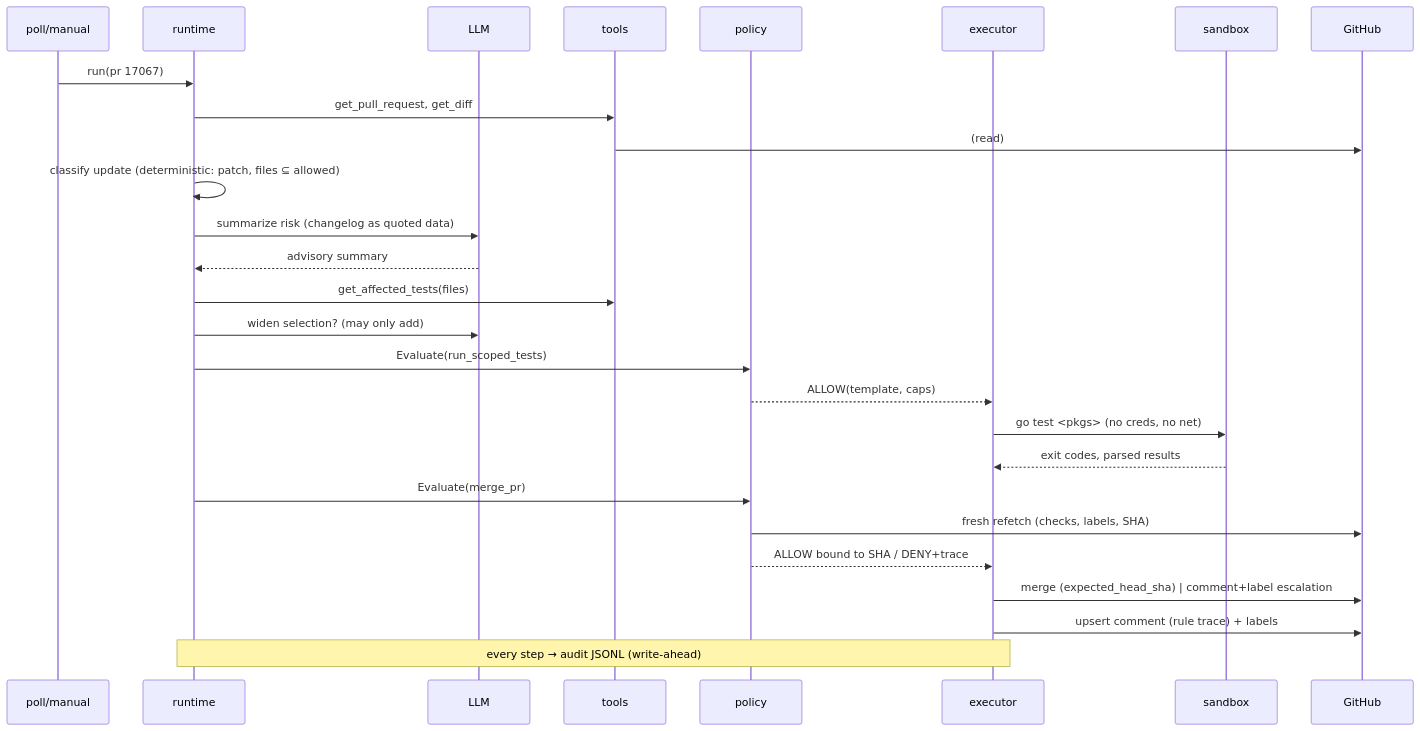
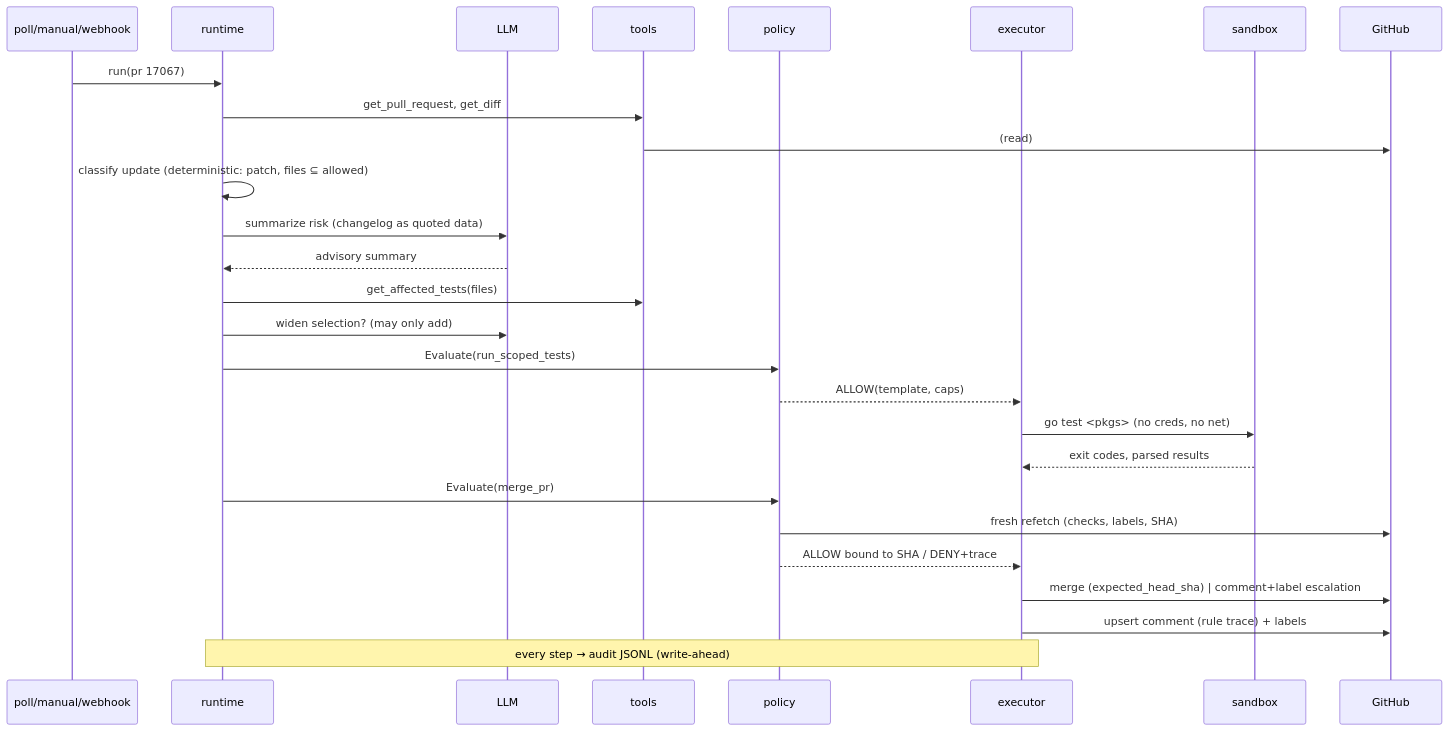
Before and after one commit to amartyatatspandey/kyverno-ai-maintainer: the second of 2 diagrams in docs/ARCHITECTURE.md, drawn with Mermaid. The commit also changed other lines of this file and 7 other files, not shown here.

````diff
--- a/docs/ARCHITECTURE.md
+++ b/docs/ARCHITECTURE.md
@@ -39,29 +41,29 @@
 ```mermaid
 sequenceDiagram
-    participant P as poll/manual
+    participant P as poll/manual/webhook
     participant R as runtime
     participant L as LLM
     participant T as tools
     participant PE as policy
     participant X as executor
     participant S as sandbox
     participant G as GitHub
     P->>R: run(pr 17067)
     R->>T: get_pull_request, get_diff
     T->>G: (read)
     R->>R: classify update (deterministic: patch, files ⊆ allowed)
     R->>L: summarize risk (changelog as quoted data)
     L-->>R: advisory summary
     R->>T: get_affected_tests(files)
     R->>L: widen selection? (may only add)
     R->>PE: Evaluate(run_scoped_tests)
     PE-->>X: ALLOW(template, caps)
     X->>S: go test <pkgs> (no creds, no net)
     S-->>X: exit codes, parsed results
     R->>PE: Evaluate(merge_pr)
     PE->>G: fresh refetch (checks, labels, SHA)
     PE-->>X: ALLOW bound to SHA / DENY+trace
     X->>G: merge (expected_head_sha) | comment+label escalation
     X->>G: upsert comment (rule trace) + labels
     Note over R,X: every step → audit JSONL (write-ahead)
 ```
````
